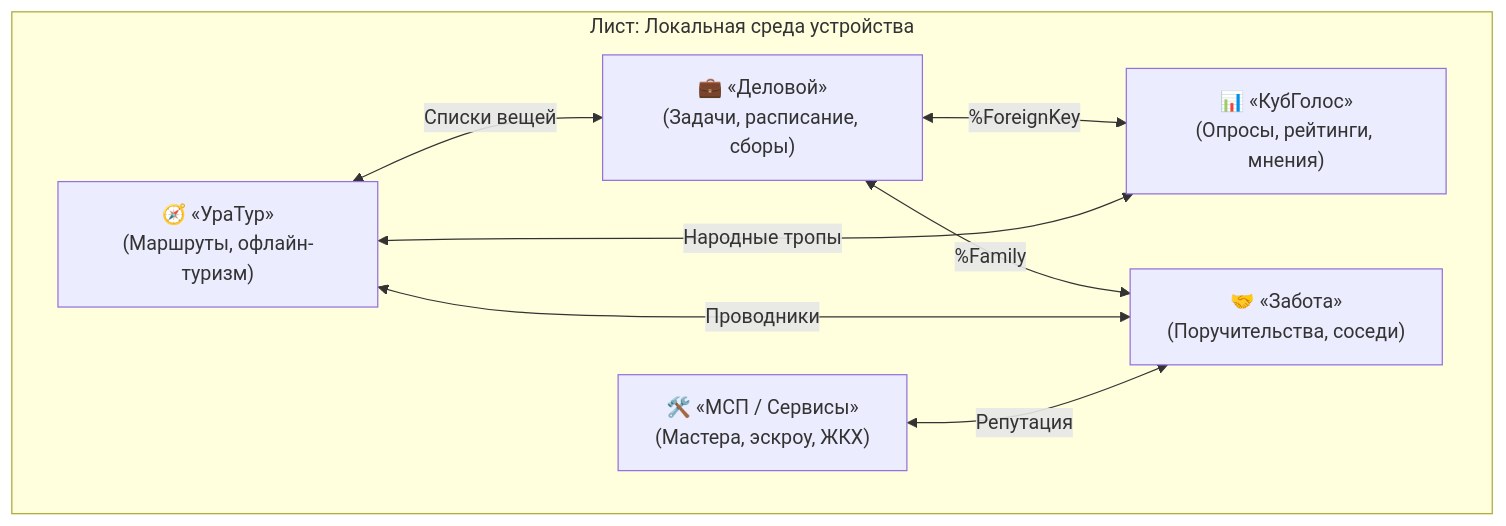
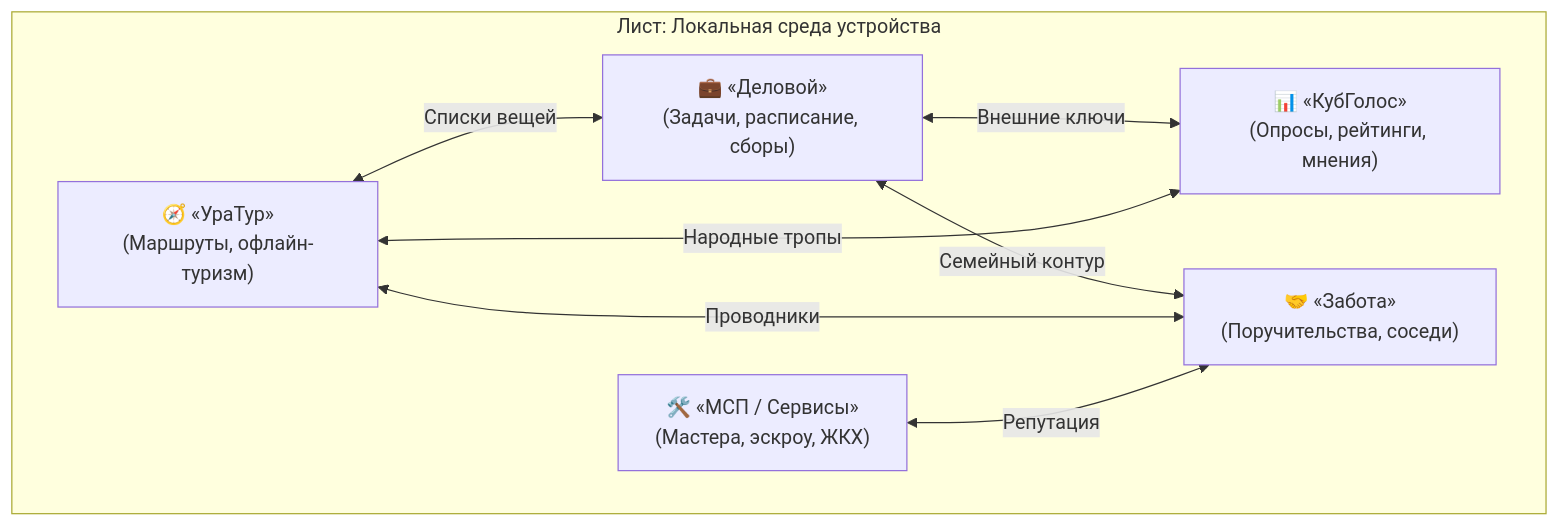
The first of 4 diagrams in shared_docs/whitepapers/02_applications_suite_whitepaper.md (Data-Independence-Network/presentations), drawn with Mermaid before and after one commit. The commit also changed other lines of this file and 6 other files, not shown here.

First line of the commit message:
docs(whitepapers): integrate smart contract FSM architecture and clean percent tags

````diff
--- a/shared_docs/whitepapers/02_applications_suite_whitepaper.md
+++ b/shared_docs/whitepapers/02_applications_suite_whitepaper.md
@@ -35,17 +35,17 @@
 ```mermaid
 graph TD
     subgraph Leaf_Device ["Лист: Локальная среда устройства"]
         D["💼 «Деловой»<br>(Задачи, расписание, сборы)"]
         K["📊 «КубГолос»<br>(Опросы, рейтинги, мнения)"]
         Z["🤝 «Забота»<br>(Поручительства, соседи)"]
         U["🧭 «УраТур»<br>(Маршруты, офлайн-туризм)"]
         S["🛠️ «МСП / Сервисы»<br>(Мастера, эскроу, ЖКХ)"]
 
-        D <-->|%ForeignKey| K
-        D <-->|%Family| Z
+        D <-->|Внешние ключи| K
+        D <-->|Семейный контур| Z
         U <-->|Списки вещей| D
         U <-->|Народные тропы| K
         U <-->|Проводники| Z
         S <-->|Репутация| Z
     end
 ```
````
